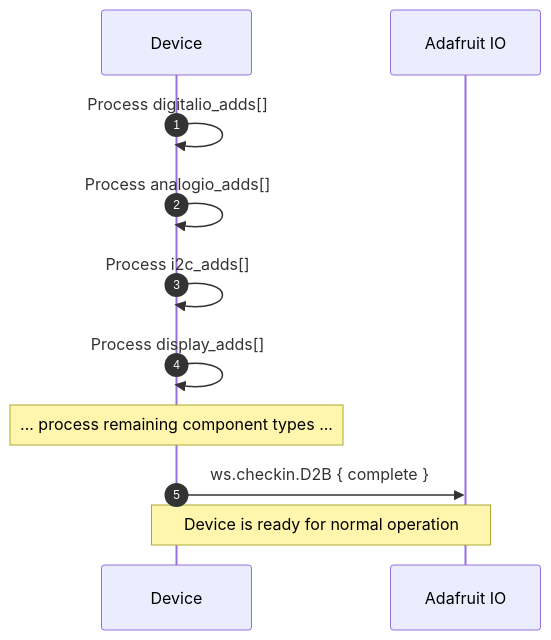
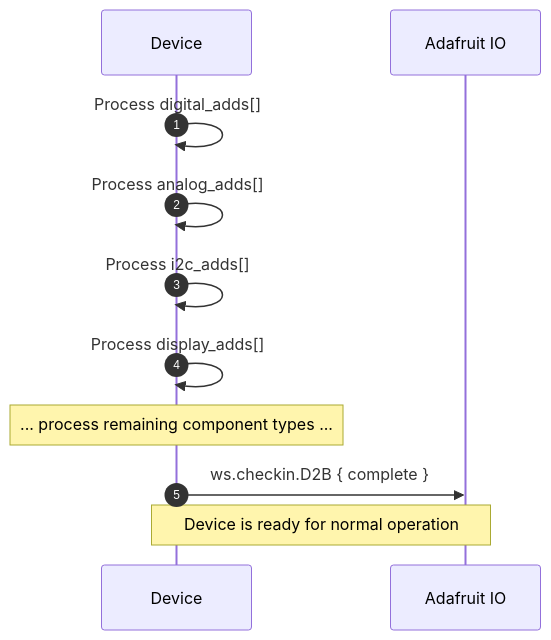
The third of 3 diagrams in proto/wippersnapper/docs/checkin.md (adafruit/Wippersnapper_Protobuf), drawn with Mermaid before and after one commit. The commit also changed other lines of this file and 14 other files, not shown here.

Commit message:
rename analogin -> analog, digitalio -> digital

````diff
--- a/proto/wippersnapper/docs/checkin.md
+++ b/proto/wippersnapper/docs/checkin.md
@@ -93,15 +93,15 @@
 ```mermaid
 sequenceDiagram
 autonumber
 participant Device
 participant IO as Adafruit IO
 
-Device->>Device: Process digitalio_adds[]
-Device->>Device: Process analogio_adds[]
+Device->>Device: Process digital_adds[]
+Device->>Device: Process analog_adds[]
 Device->>Device: Process i2c_adds[]
 Device->>Device: Process display_adds[]
 Note over Device: ... process remaining component types ...
 
 Device->>IO: ws.checkin.D2B { complete }
 Note over Device,IO: Device is ready for normal operation
 ```
````
